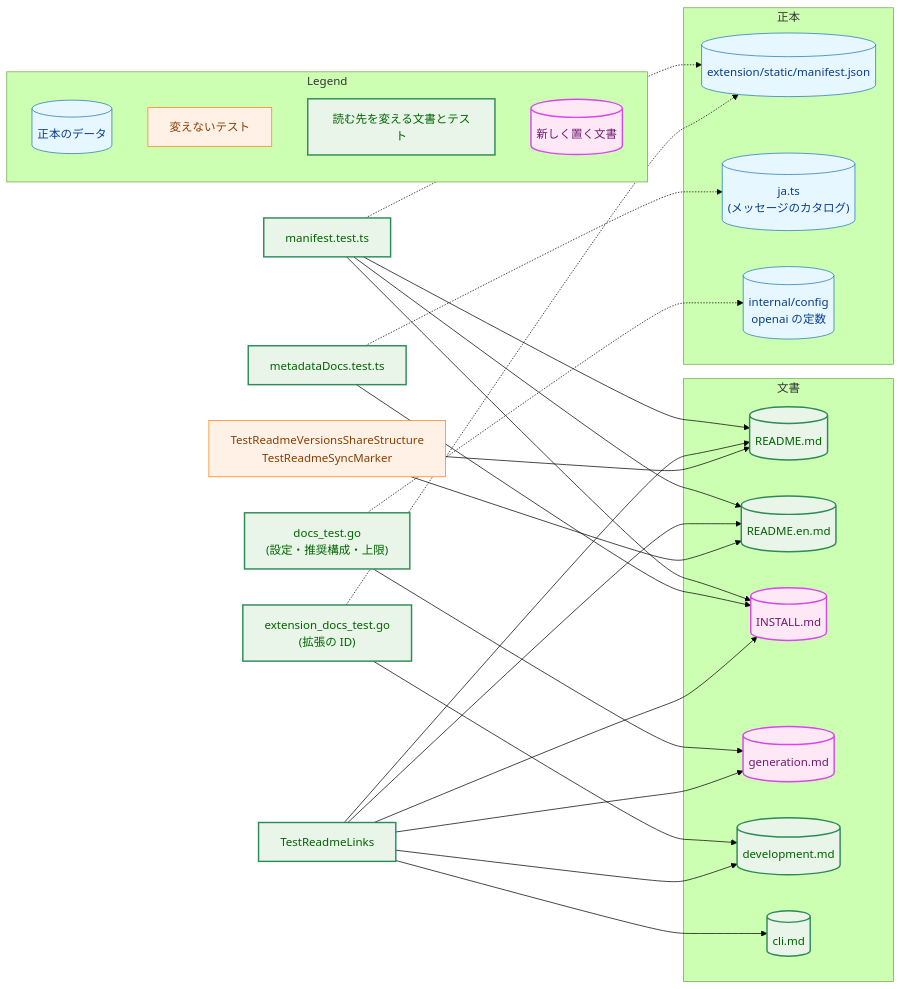
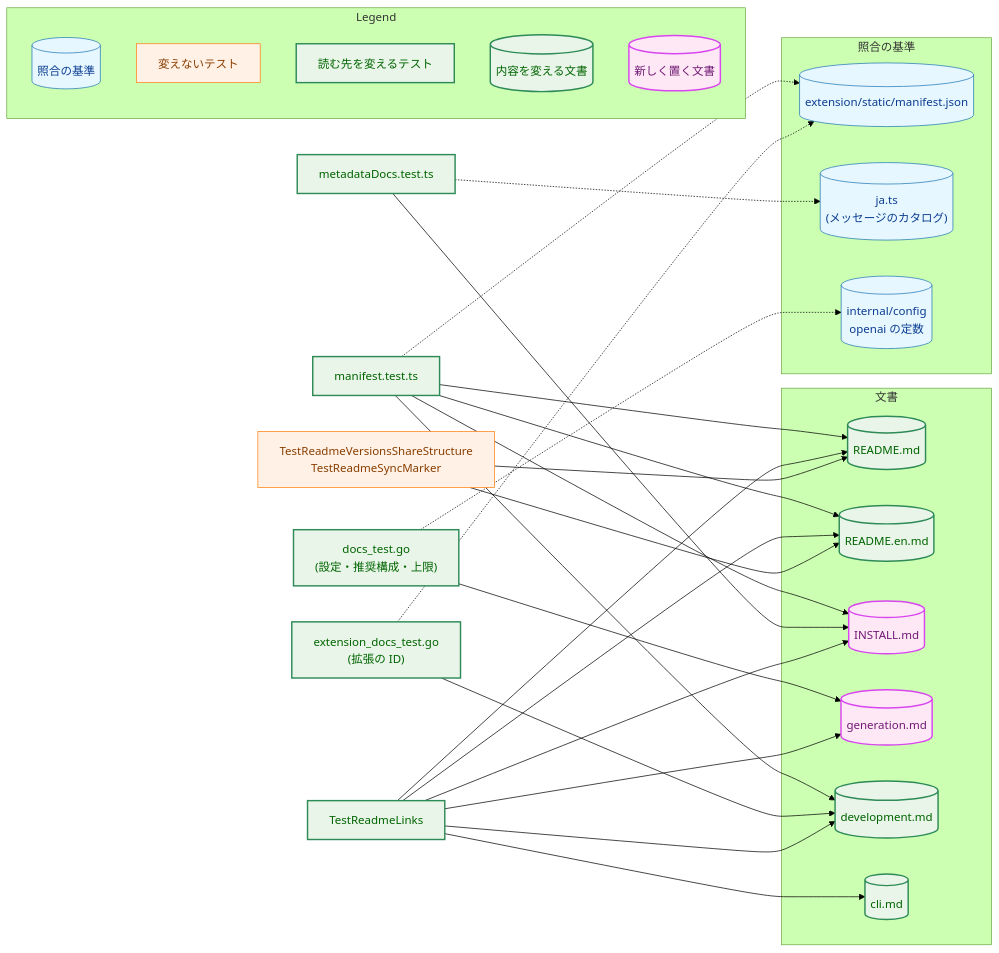
Before and after one commit to isseis/yt2column: the second of 5 diagrams in docs/tasks/0116_user_readme/02_architecture.md, drawn with Mermaid (forest theme). The commit also changed other lines of this file and 1 other file, not shown here.

````diff
--- a/docs/tasks/0116_user_readme/02_architecture.md
+++ b/docs/tasks/0116_user_readme/02_architecture.md
@@ -118,65 +120,67 @@
 ```mermaid
 flowchart LR
     classDef data fill:#e6f7ff,stroke:#1f77b4,stroke-width:1px,color:#0b3d91;
     classDef process fill:#fff1e6,stroke:#ff7f0e,stroke-width:1px,color:#8a3e00;
     classDef enhanced fill:#e8f5e8,stroke:#2e8b57,stroke-width:2px,color:#006400;
     classDef newpkg fill:#ffe8f5,stroke:#d946ef,stroke-width:2px,color:#701a75;
 
     subgraph Docs["文書"]
         RJA[("README.md")]
         REN[("README.en.md")]
         INST[("INSTALL.md")]
         GEN[("generation.md")]
         DEV[("development.md")]
         CLI[("cli.md")]
     end
 
-    subgraph Sources["正本"]
+    subgraph Sources["照合の基準"]
         MAN[("extension/static/manifest.json")]
         CAT[("ja.ts<br>(メッセージのカタログ)")]
         CFG[("internal/config<br>openai の定数")]
     end
 
     MT["manifest.test.ts"]
     MD["metadataDocs.test.ts"]
     DT["docs_test.go<br>(設定・推奨構成・上限)"]
     EX["extension_docs_test.go<br>(拡張の ID)"]
     LK["TestReadmeLinks"]
     ST["TestReadmeVersionsShareStructure<br>TestReadmeSyncMarker"]
 
     MT --> RJA
     MT --> REN
     MT --> INST
+    MT --> DEV
     MT -.-> MAN
     MD --> INST
     MD -.-> CAT
     DT --> GEN
     DT -.-> CFG
     EX --> DEV
     EX -.-> MAN
     LK --> RJA
     LK --> REN
     LK --> INST
     LK --> GEN
     LK --> CLI
     LK --> DEV
     ST --> RJA
     ST --> REN
 
     class RJA,REN,DEV,CLI enhanced
     class INST,GEN newpkg
     class MAN,CAT,CFG data
     class MT,MD,DT,EX,LK enhanced
     class ST process
 
     subgraph Legend["Legend"]
-        L1[("正本のデータ")]
+        L1[("照合の基準")]
         L2["変えないテスト"]
-        L3["読む先を変える文書とテスト"]
-        L4[("新しく置く文書")]
+        L3["読む先を変えるテスト"]
+        L4[("内容を変える文書")]
+        L5[("新しく置く文書")]
     end
     class L1 data
     class L2 process
-    class L3 enhanced
-    class L4 newpkg
+    class L3,L4 enhanced
+    class L5 newpkg
 ```
````
